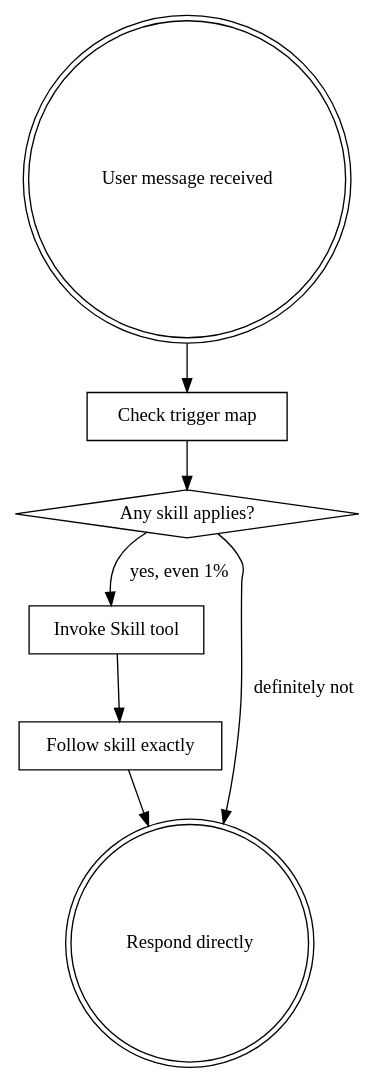
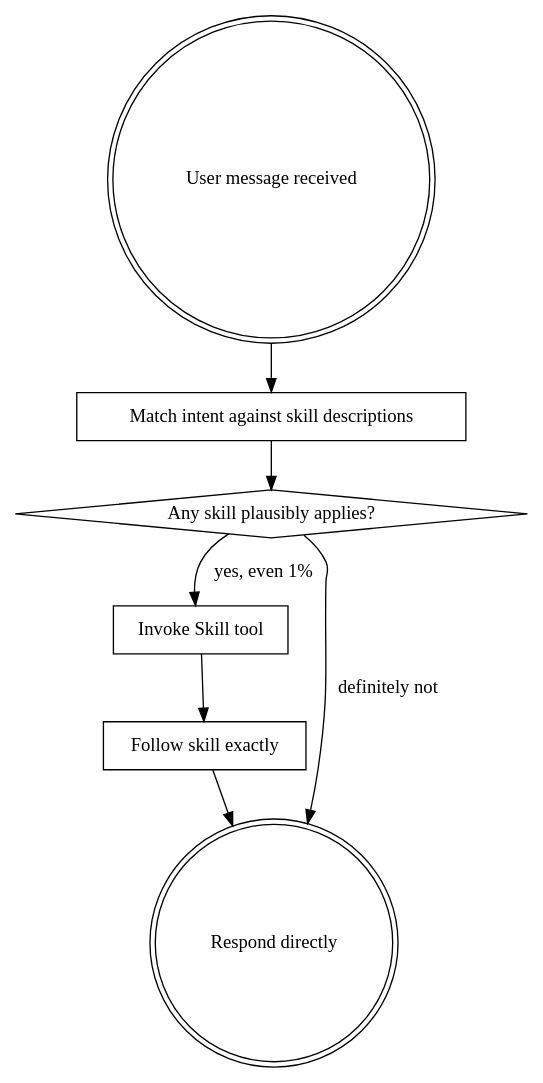
Before and after one commit to Yesterday-AI/ytstack: the diagram in skills/using-ytstack/SKILL.md, drawn with Graphviz. The commit also changed other lines of this file and 7 other files, not shown here.

````diff
--- a/skills/using-ytstack/SKILL.md
+++ b/skills/using-ytstack/SKILL.md
@@ -116,17 +72,17 @@
 ```dot
 digraph using_ytstack {
     "User message received" [shape=doublecircle];
-    "Check trigger map" [shape=box];
-    "Any skill applies?" [shape=diamond];
+    "Match intent against skill descriptions" [shape=box];
+    "Any skill plausibly applies?" [shape=diamond];
     "Invoke Skill tool" [shape=box];
     "Follow skill exactly" [shape=box];
     "Respond directly" [shape=doublecircle];
 
-    "User message received" -> "Check trigger map";
-    "Check trigger map" -> "Any skill applies?";
-    "Any skill applies?" -> "Invoke Skill tool" [label="yes, even 1%"];
-    "Any skill applies?" -> "Respond directly" [label="definitely not"];
+    "User message received" -> "Match intent against skill descriptions";
+    "Match intent against skill descriptions" -> "Any skill plausibly applies?";
+    "Any skill plausibly applies?" -> "Invoke Skill tool" [label="yes, even 1%"];
+    "Any skill plausibly applies?" -> "Respond directly" [label="definitely not"];
     "Invoke Skill tool" -> "Follow skill exactly";
     "Follow skill exactly" -> "Respond directly";
 }
 ```
````
